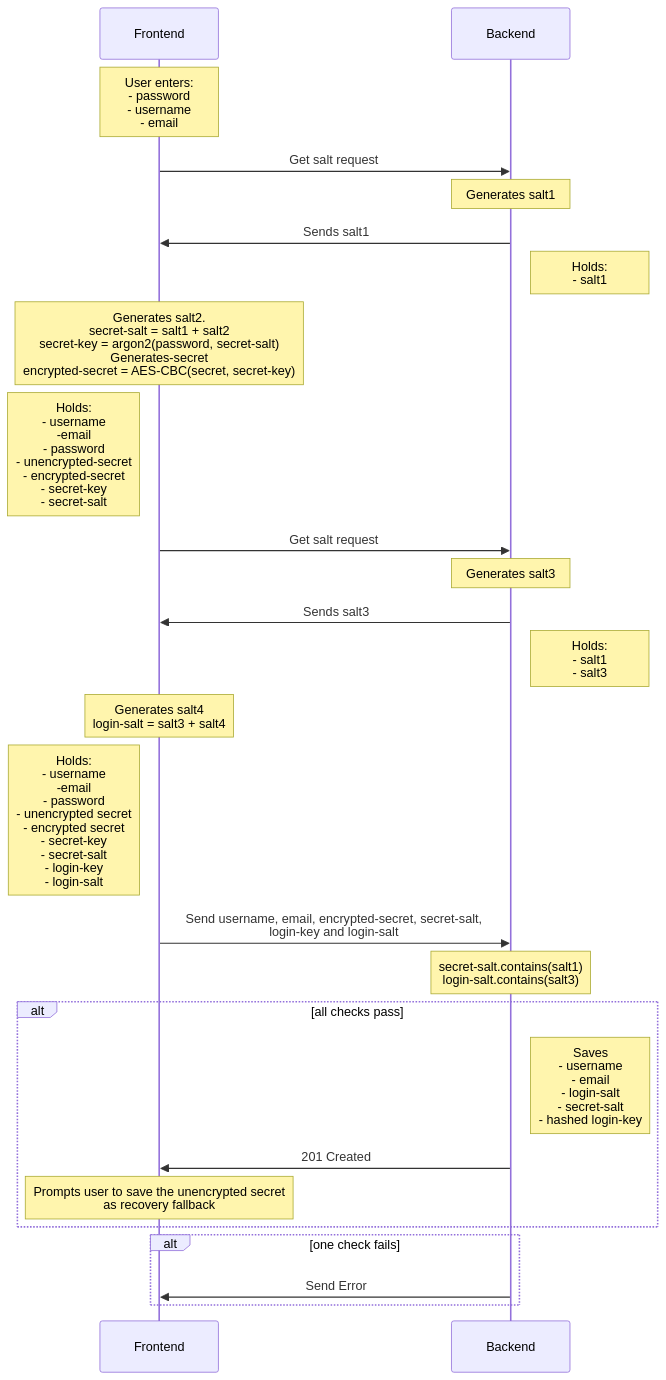
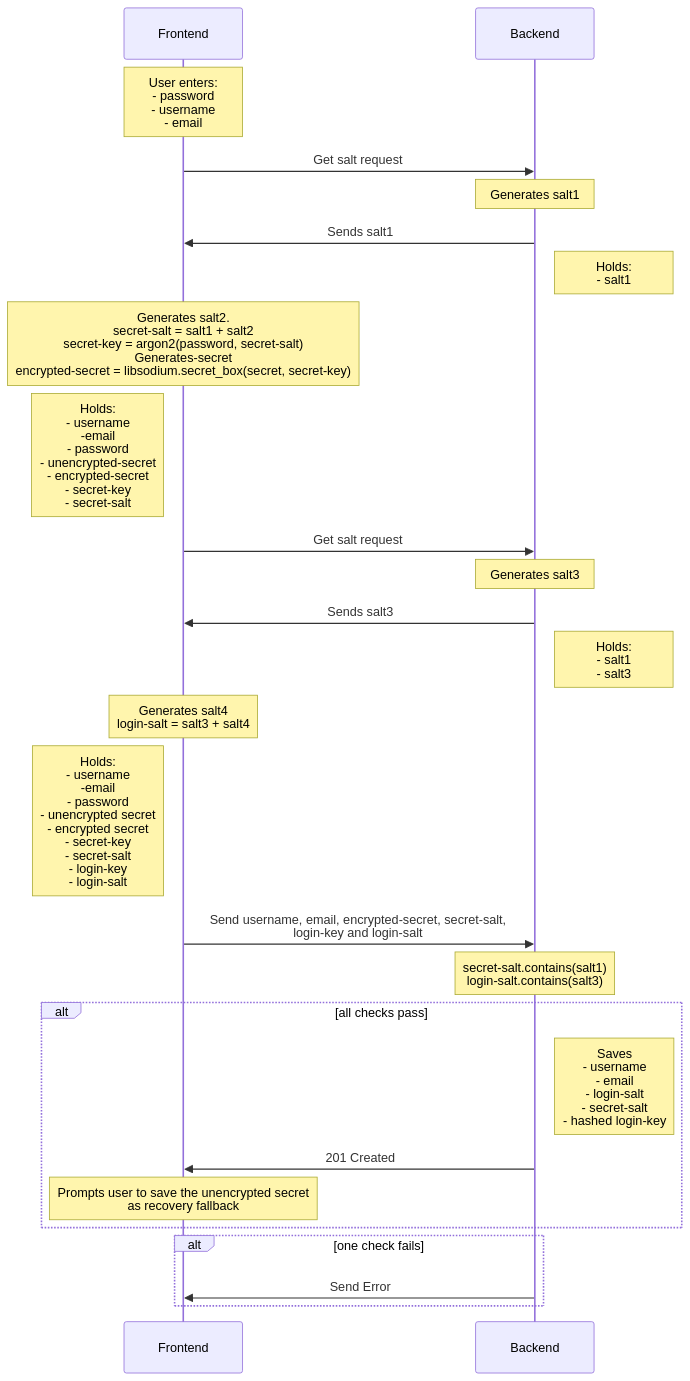
One commit to Tinkerforge/esp32-remote-access changed the first of 10 diagrams in sequence.md. Above: the diagram before and after it, drawn with Mermaid. The commit also changed other lines of this file, not shown here.

Commit message:
update sequence.md to libsodium usage.

````diff
--- a/sequence.md
+++ b/sequence.md
@@ -9,35 +9,35 @@
 ```mermaid
 sequenceDiagram
     Note over Frontend: User enters: <br> - password <br> - username <br> - email
 
     Frontend->>Backend: Get salt request
     Note over Backend: Generates salt1
     Backend->>Frontend: Sends salt1
     Note right of Backend: Holds: <br> - salt1
-    Note over Frontend: Generates salt2. <br> secret-salt = salt1 + salt2 <br> secret-key = argon2(password, secret-salt) <br> Generates-secret <br> encrypted-secret = AES-CBC(secret, secret-key)
+    Note over Frontend: Generates salt2. <br> secret-salt = salt1 + salt2 <br> secret-key = argon2(password, secret-salt) <br> Generates-secret <br> encrypted-secret = libsodium.secret_box(secret, secret-key)
 
     Note left of Frontend: Holds: <br> - username <br> -email <br> - password <br> - unencrypted-secret <br> - encrypted-secret <br> - secret-key <br> - secret-salt
 
     Frontend->>Backend: Get salt request
     Note over Backend: Generates salt3
     Backend->>Frontend: Sends salt3
 
     Note right of Backend: Holds: <br> - salt1 <br> - salt3
 
     Note over Frontend: Generates salt4 <br> login-salt = salt3 + salt4
 
     Note left of Frontend: Holds: <br> - username <br> -email <br> - password <br> - unencrypted secret <br> - encrypted secret <br> - secret-key <br> - secret-salt <br> - login-key <br> - login-salt
 
     Frontend->>Backend: Send username, email, encrypted-secret, secret-salt, <br> login-key and login-salt
 
     Note over Backend: secret-salt.contains(salt1) <br> login-salt.contains(salt3)
 
     alt all checks pass
         Note right of Backend: Saves <br> - username <br> - email <br> - login-salt <br> - secret-salt <br> - hashed login-key
         Backend->>Frontend: 201 Created
         Note over Frontend: Prompts user to save the unencrypted secret<br>as recovery fallback
     end
     alt one check fails
         Backend->>Frontend: Send Error
     end
 ```
````
